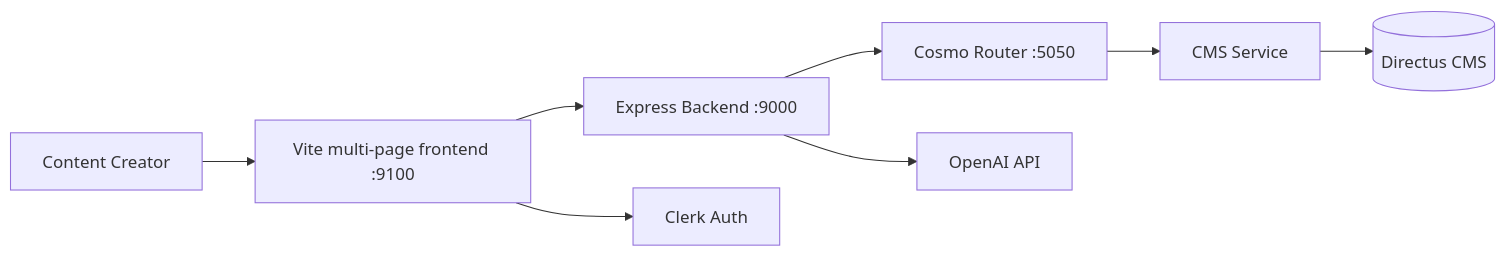
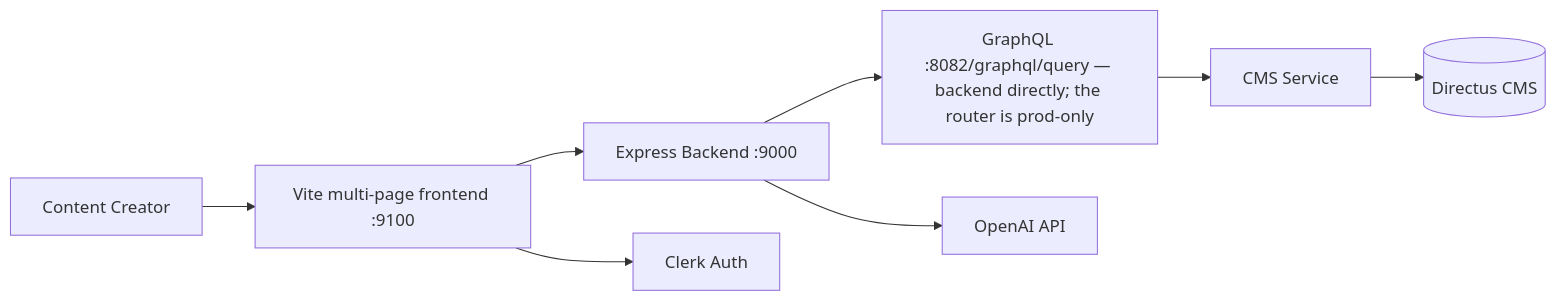
One commit to anthropos-work/rosetta changed the diagram in corpus/services/studio-desk.md. Above: the diagram before and after it, drawn with Mermaid. The commit also changed other lines of this file and 16 other files, not shown here.

````diff
--- a/corpus/services/studio-desk.md
+++ b/corpus/services/studio-desk.md
@@ -42,10 +42,10 @@
 ```mermaid
 graph LR
     User[Content Creator] --> Frontend[Vite multi-page frontend :9100]
     Frontend --> Backend[Express Backend :9000]
-    Backend --> GraphQL[Cosmo Router :5050]
+    Backend --> GraphQL[GraphQL :8082/graphql/query — backend directly; the router is prod-only]
     Backend --> OpenAI[OpenAI API]
     Frontend --> Clerk[Clerk Auth]
     GraphQL --> CMS[CMS Service]
     CMS --> Directus[(Directus CMS)]
 ```
````
